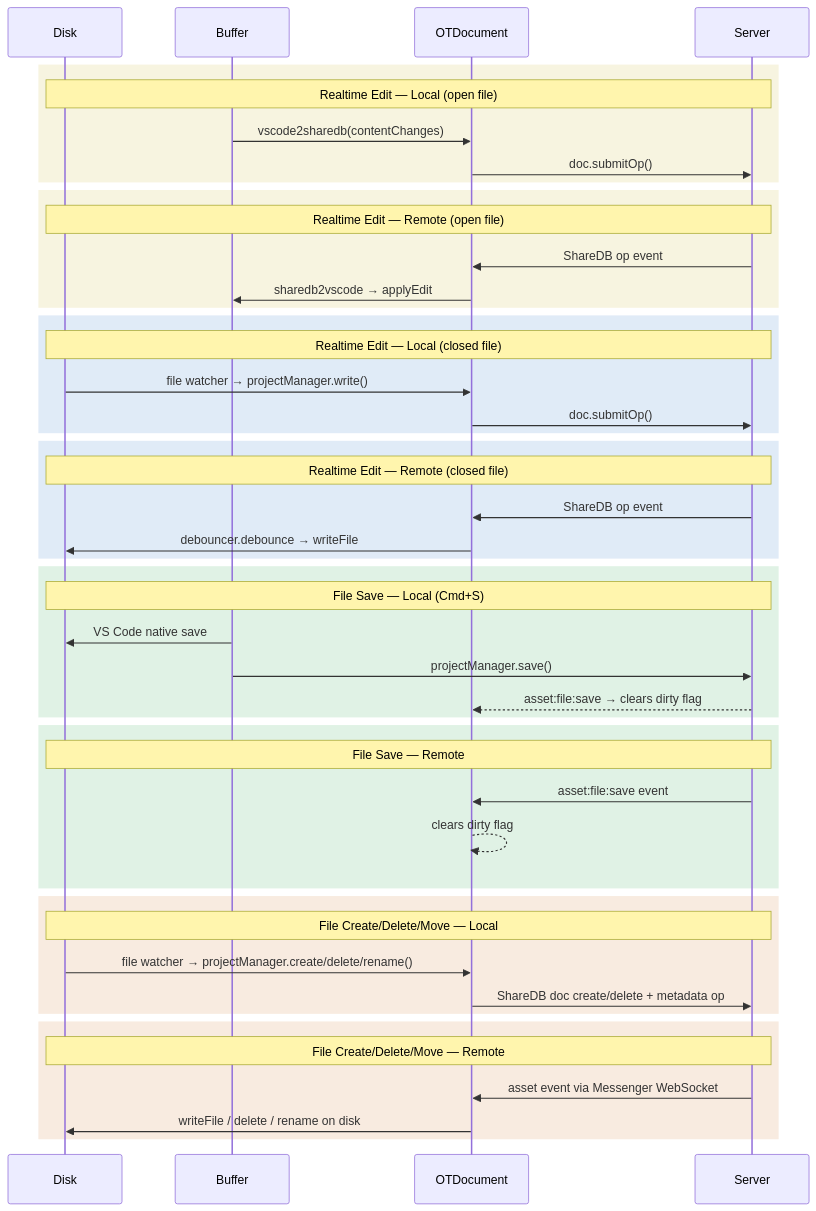
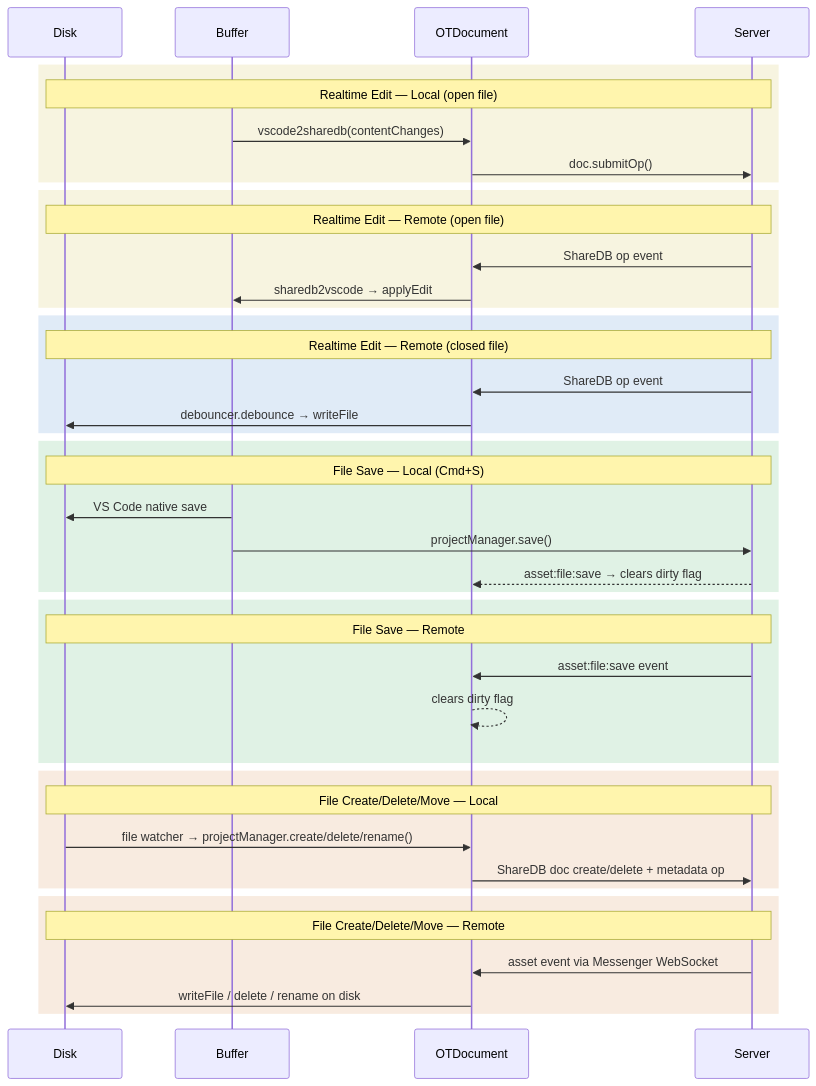
The first of 2 diagrams in README.md (playcanvas/vscode-extension), drawn with Mermaid before and after one commit. The commit also changed other lines of this file and 3 other files, not shown here.

First line of the commit message:
refactor!: drop closed-file external-edit push in realtime mode

````diff
--- a/README.md
+++ b/README.md
@@ -80,56 +81,50 @@
 ```mermaid
 sequenceDiagram
     participant D as Disk
     participant B as Buffer
     participant OT as OTDocument
     participant S as Server
 
     rect rgba(200, 180, 50, 0.15)
     Note over D, S: Realtime Edit — Local (open file)
     B ->> OT: vscode2sharedb(contentChanges)
     OT ->> S: doc.submitOp()
     end
 
     rect rgba(200, 180, 50, 0.15)
     Note over D, S: Realtime Edit — Remote (open file)
     S ->> OT: ShareDB op event
     OT ->> B: sharedb2vscode → applyEdit
-    end
-
-    rect rgba(50, 120, 200, 0.15)
-    Note over D, S: Realtime Edit — Local (closed file)
-    D ->> OT: file watcher → projectManager.write()
-    OT ->> S: doc.submitOp()
     end
 
     rect rgba(50, 120, 200, 0.15)
     Note over D, S: Realtime Edit — Remote (closed file)
     S ->> OT: ShareDB op event
     OT ->> D: debouncer.debounce → writeFile
     end
 
     rect rgba(50, 170, 80, 0.15)
     Note over D, S: File Save — Local (Cmd+S)
     B ->> D: VS Code native save
     B ->> S: projectManager.save()
     S -->> OT: asset:file:save → clears dirty flag
     end
 
     rect rgba(50, 170, 80, 0.15)
     Note over D, S: File Save — Remote
     S ->> OT: asset:file:save event
     OT -->> OT: clears dirty flag
     end
 
     rect rgba(210, 120, 50, 0.15)
     Note over D, S: File Create/Delete/Move — Local
     D ->> OT: file watcher → projectManager.create/delete/rename()
     OT ->> S: ShareDB doc create/delete + metadata op
     end
 
     rect rgba(210, 120, 50, 0.15)
     Note over D, S: File Create/Delete/Move — Remote
     S ->> OT: asset event via Messenger WebSocket
     OT ->> D: writeFile / delete / rename on disk
     end
 ```
````
